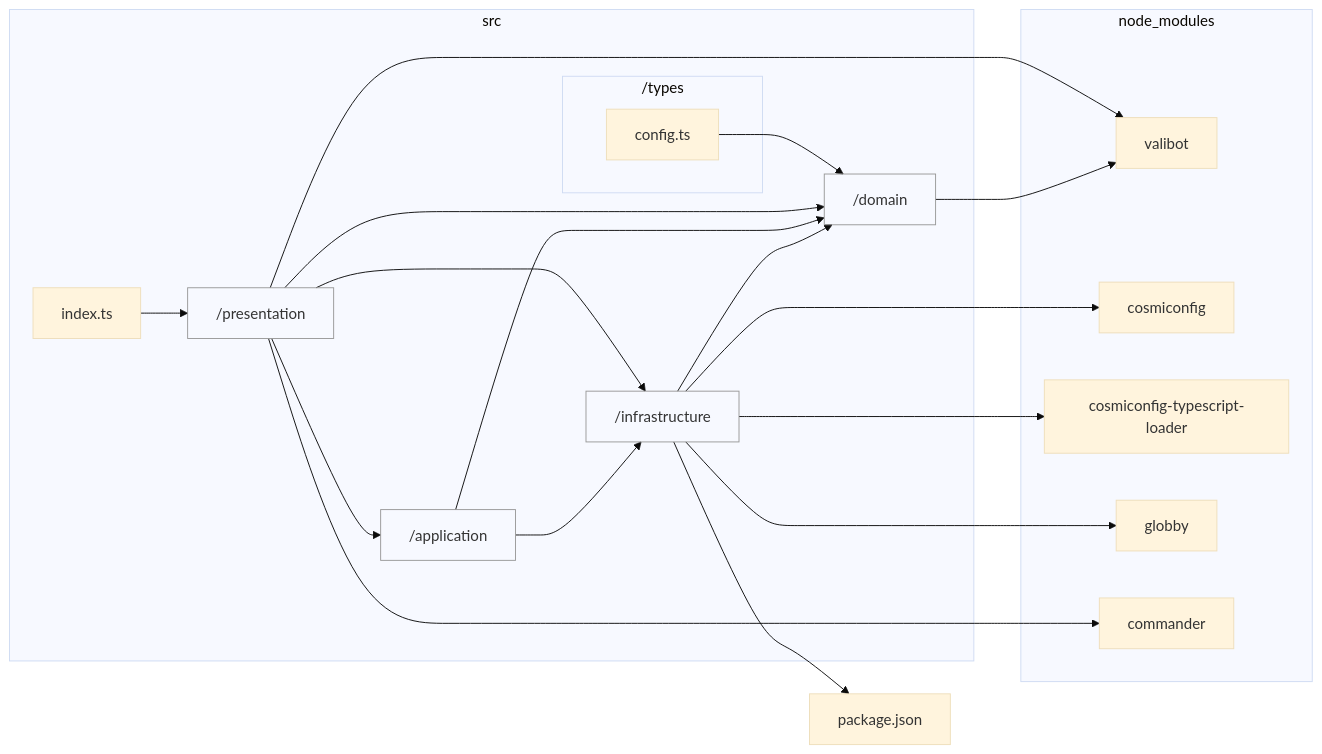
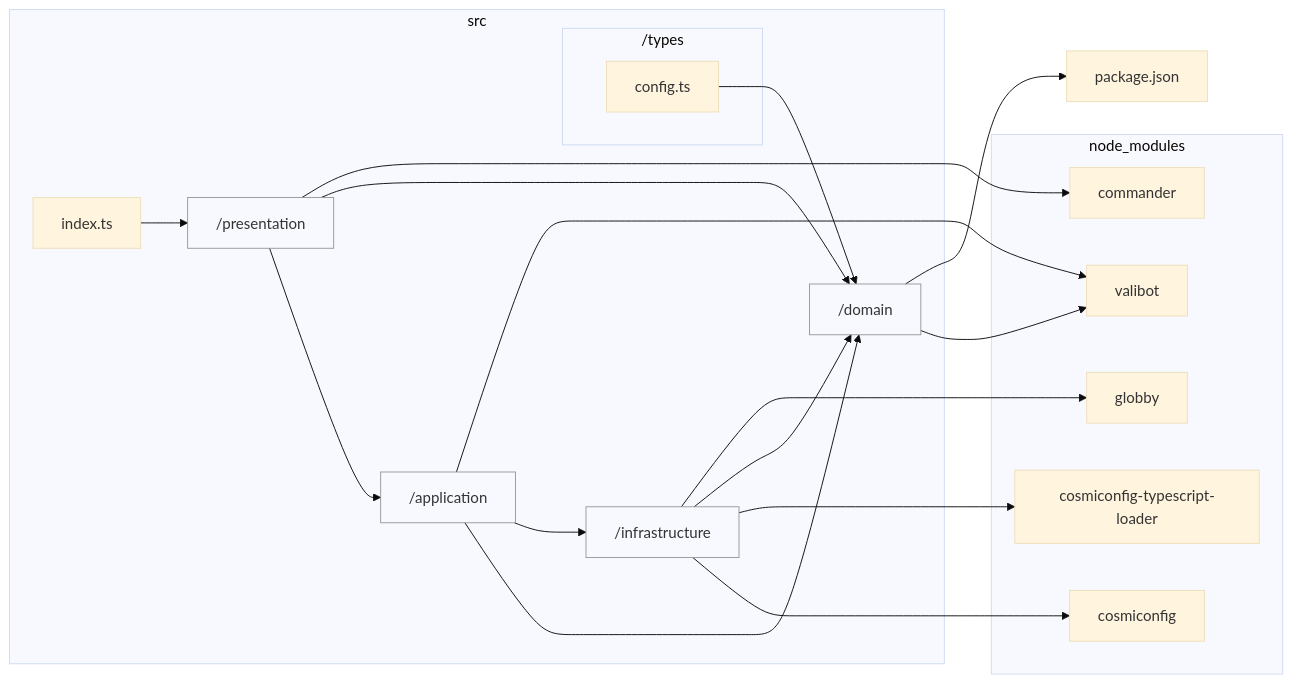
Before and after one commit to sugurutakahashi-1234/mermaid-markdown-wrap: the diagram in docs/reports/dependencies/layers.md, drawn with Mermaid (base theme). The commit also changed 7 other files, not shown here.

````diff
--- a/docs/reports/dependencies/layers.md
+++ b/docs/reports/dependencies/layers.md
@@ -7,36 +7,35 @@
 ```mermaid
 flowchart LR
     classDef dir fill:#0000,stroke:#999
     subgraph src["src"]
         src/domain["/domain"]:::dir
         src/infrastructure["/infrastructure"]:::dir
         src/application["/application"]:::dir
         src/presentation["/presentation"]:::dir
         src/index.ts["index.ts"]
         subgraph src/types["/types"]
             src/types/config.ts["config.ts"]
         end
     end
     subgraph node//modules["node_modules"]
         node//modules/valibot/dist/index.d.cts["valibot"]
         node//modules/cosmiconfig/dist/index.d.ts["cosmiconfig"]
         node//modules/cosmiconfig//typescript//loader/dist/types/index.d.ts["cosmiconfig-typescript-loader"]
         node//modules/globby/index.d.ts["globby"]
         node//modules/commander/typings/index.d.ts["commander"]
     end
     src/domain-->node//modules/valibot/dist/index.d.cts
     src/infrastructure-->node//modules/cosmiconfig/dist/index.d.ts
     src/infrastructure-->node//modules/cosmiconfig//typescript//loader/dist/types/index.d.ts
     src/infrastructure-->src/domain
-    src/infrastructure-->package.json
-    src/infrastructure-->node//modules/globby/index.d.ts
     src/application-->src/domain
     src/application-->src/infrastructure
+    src/application-->node//modules/valibot/dist/index.d.cts
+    src/domain-->package.json
+    src/infrastructure-->node//modules/globby/index.d.ts
     src/presentation-->src/application
     src/presentation-->src/domain
     src/presentation-->node//modules/commander/typings/index.d.ts
-    src/presentation-->node//modules/valibot/dist/index.d.cts
-    src/presentation-->src/infrastructure
     src/index.ts-->src/presentation
     src/types/config.ts-->src/domain
 ```
````
